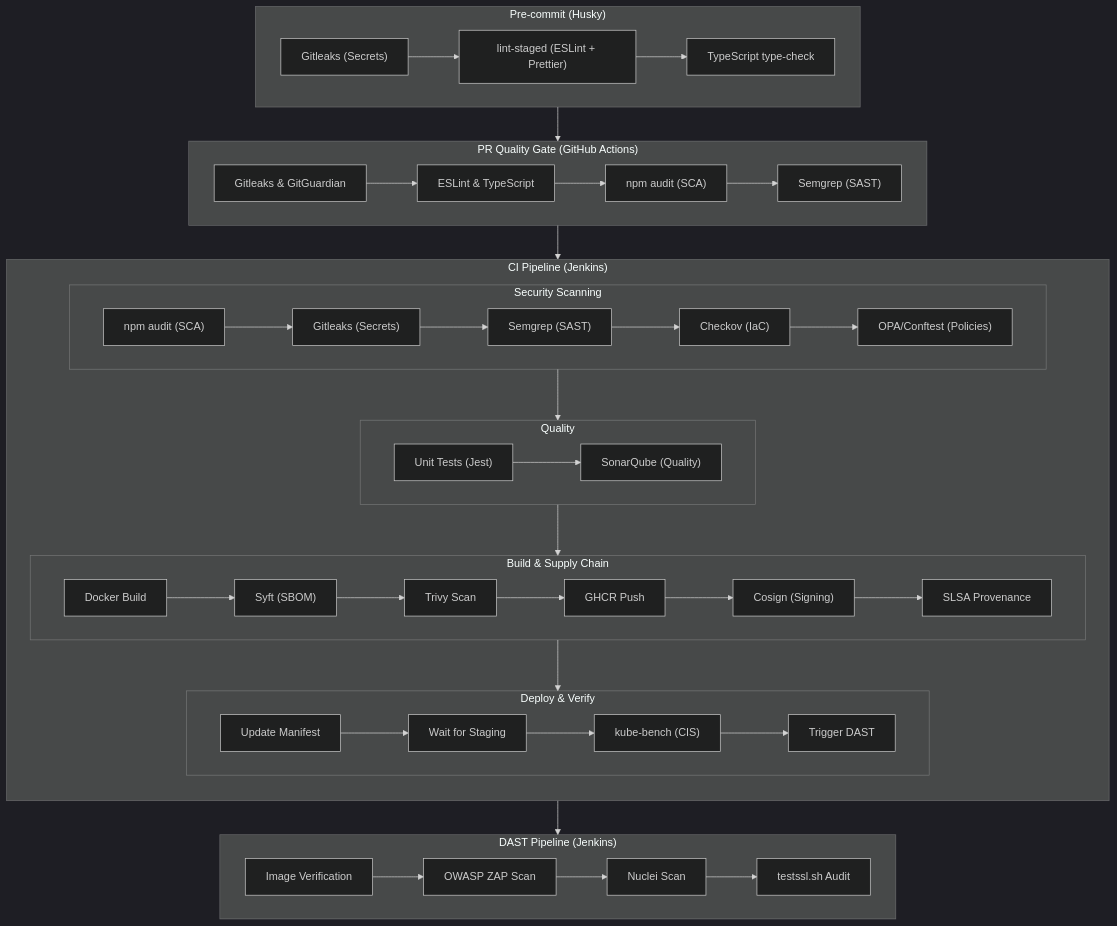
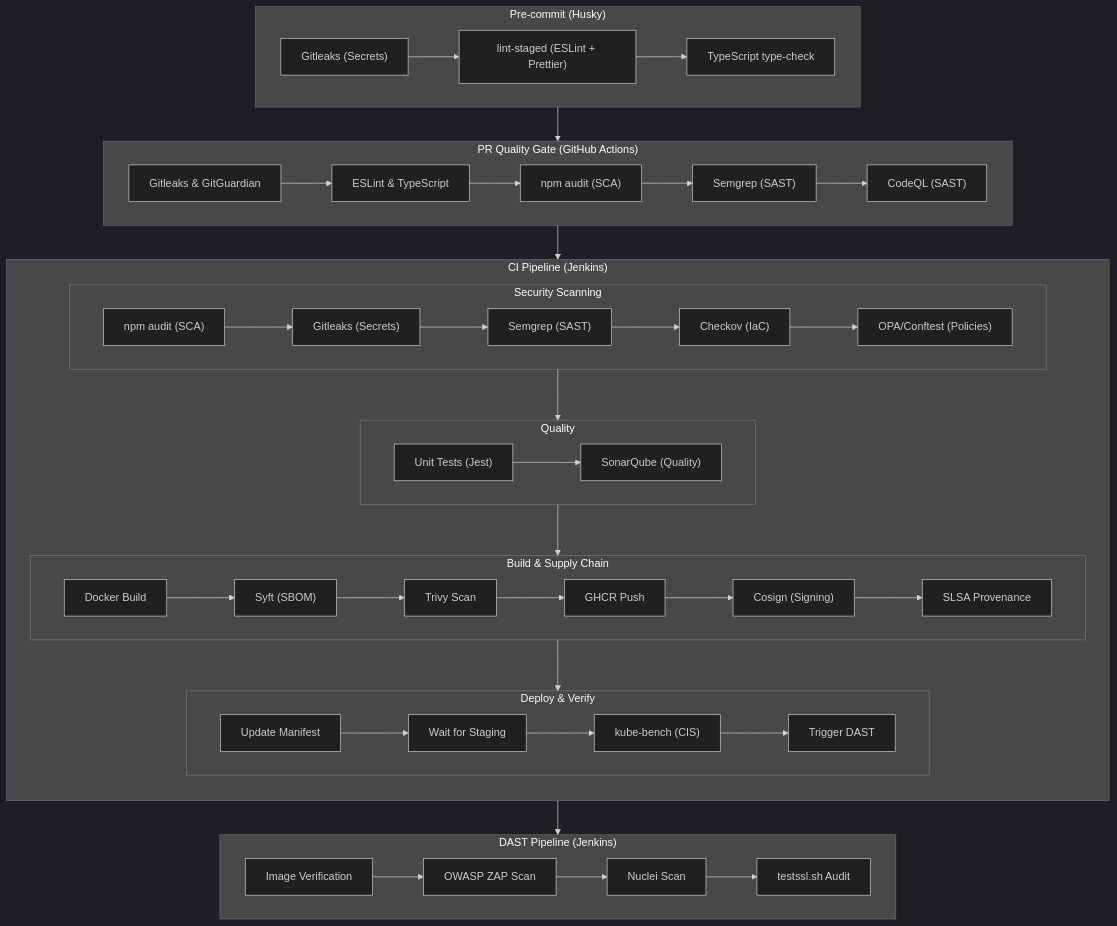
The diagram in README.md (KDim67/boostflow-thesis), drawn with Mermaid (dark theme) before and after one commit. The commit also changed other lines of this file and 3 other files, not shown here.

````diff
--- a/README.md
+++ b/README.md
@@ -26,44 +28,44 @@
 ```mermaid
 flowchart TD
     subgraph PRE["Pre-commit (Husky)"]
         direction LR
         A1["Gitleaks (Secrets)"] --> A2["lint-staged (ESLint + Prettier)"] --> A3["TypeScript type-check"]
     end
 
     subgraph PR["PR Quality Gate (GitHub Actions)"]
         direction LR
-        B1["Gitleaks & GitGuardian"] --> B2["ESLint & TypeScript"] --> B3["npm audit (SCA)"] --> B4["Semgrep (SAST)"]
+        B1["Gitleaks & GitGuardian"] --> B2["ESLint & TypeScript"] --> B3["npm audit (SCA)"] --> B4["Semgrep (SAST)"] --> B5["CodeQL (SAST)"]
     end
 
     subgraph CI["CI Pipeline (Jenkins)"]
         direction TB
         subgraph CI_Sec["Security Scanning"]
             direction LR
             C1["npm audit (SCA)"] --> C2["Gitleaks (Secrets)"] --> C3["Semgrep (SAST)"] --> C4["Checkov (IaC)"] --> C5["OPA/Conftest (Policies)"]
         end
 
         subgraph CI_Qual["Quality"]
             direction LR
             C6["Unit Tests (Jest)"] --> C7["SonarQube (Quality)"]
         end
 
         subgraph CI_Build["Build & Supply Chain"]
             direction LR
             C8["Docker Build"] --> C9["Syft (SBOM)"] --> C10["Trivy Scan"] --> C11["GHCR Push"] --> C12["Cosign (Signing)"] --> C13["SLSA Provenance"]
         end
 
         subgraph CI_Deploy["Deploy & Verify"]
             direction LR
             C14["Update Manifest"] --> C15["Wait for Staging"] --> C16["kube-bench (CIS)"] --> C17["Trigger DAST"]
         end
 
         CI_Sec --> CI_Qual --> CI_Build --> CI_Deploy
     end
 
     subgraph DAST["DAST Pipeline (Jenkins)"]
         direction LR
         D1["Image Verification"] --> D2["OWASP ZAP Scan"] --> D3["Nuclei Scan"] --> D4["testssl.sh Audit"]
     end
 
     PRE --> PR --> CI --> DAST
 ```
````
